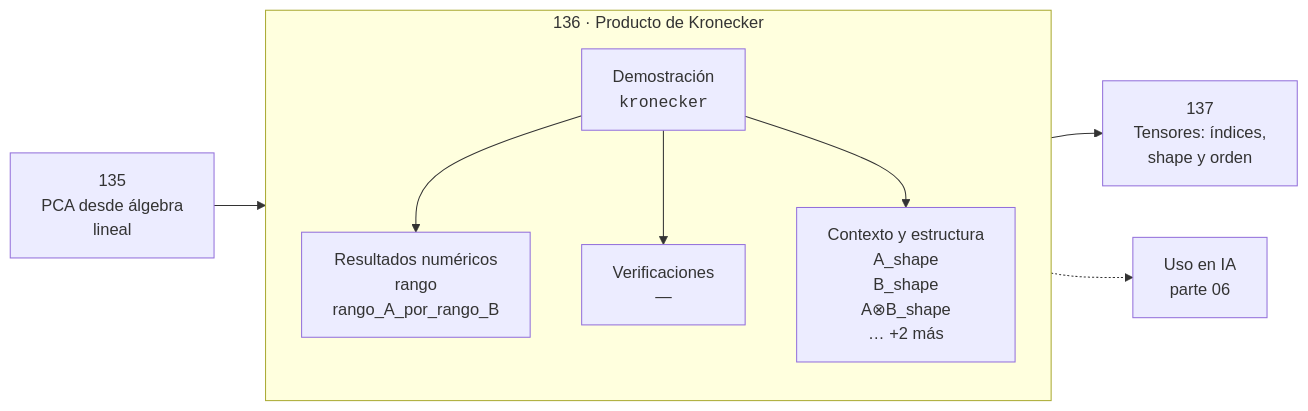
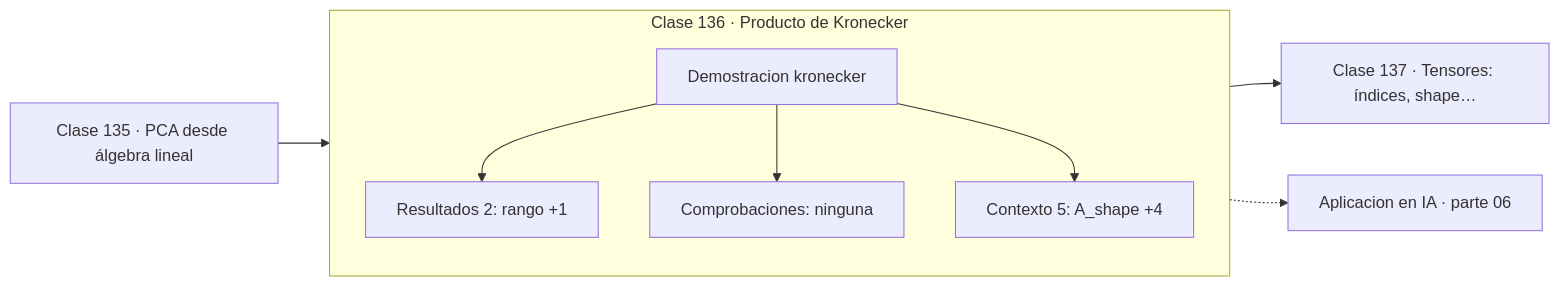
One commit to vladimiracunadev-create/computational-mathematics-program changed the diagram in classes/part-06-algebra-lineal-ii-descomposiciones-y-tensores/136-producto-de-kronecker/README.md. Above: the diagram before and after it, drawn with Mermaid. The commit also changed 389 other files, not shown here.

First line of the commit message:
fix(diagramas): elimina el HTML de las etiquetas Mermaid

````diff
--- a/classes/part-06-algebra-lineal-ii-descomposiciones-y-tensores/136-producto-de-kronecker/README.md
+++ b/classes/part-06-algebra-lineal-ii-descomposiciones-y-tensores/136-producto-de-kronecker/README.md
@@ -30,12 +30,13 @@
 ```mermaid
 flowchart LR
-    P["135<br/>PCA desde álgebra<br/>lineal"] --> C
-    subgraph C["136 · Producto de Kronecker"]
+    P["Clase 135 · PCA desde álgebra lineal"] --> D
+    subgraph CLASE["Clase 136 · Producto de Kronecker"]
         direction TB
-        D["Demostración<br/><code>kronecker</code>"] --> R["Resultados numéricos<br/>rango<br/>rango_A_por_rango_B"]
-        D --> V["Verificaciones<br/>—"]
-        D --> O["Contexto y estructura<br/>A_shape<br/>B_shape<br/>A⊗B_shape<br/>… +2 más"]
+        D["Demostracion kronecker"]
+        D --> R["Resultados 2: rango +1"]
+        D --> V["Comprobaciones: ninguna"]
+        D --> O["Contexto 5: A_shape +4"]
     end
-    C --> N["137<br/>Tensores: índices,<br/>shape y orden"]
-    C -.-> IA["Uso en IA<br/>parte 06"]
+    R --> N["Clase 137 · Tensores: índices, shape…"]
+    V -.-> IA["Aplicacion en IA · parte 06"]
 ```
````
